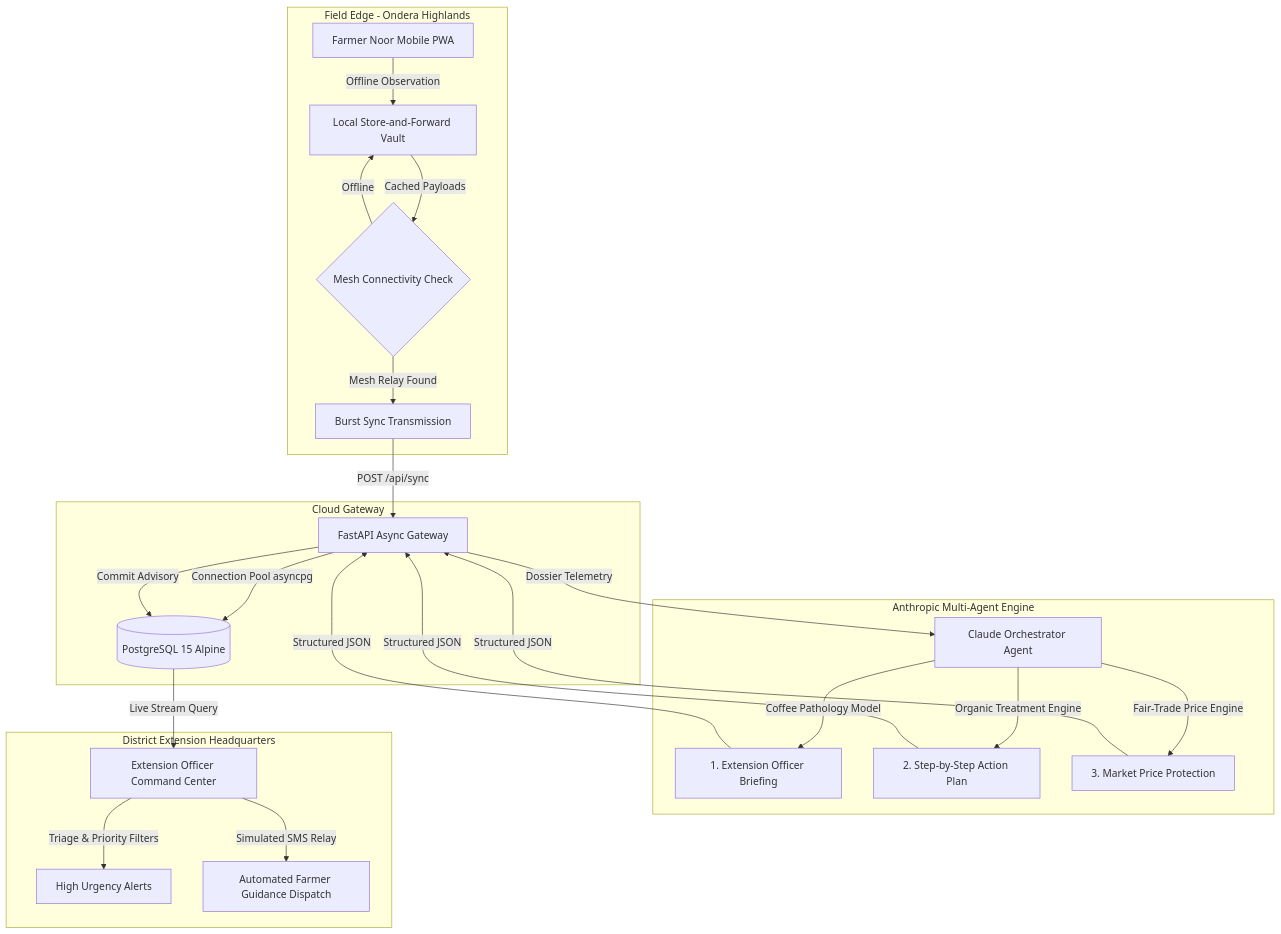
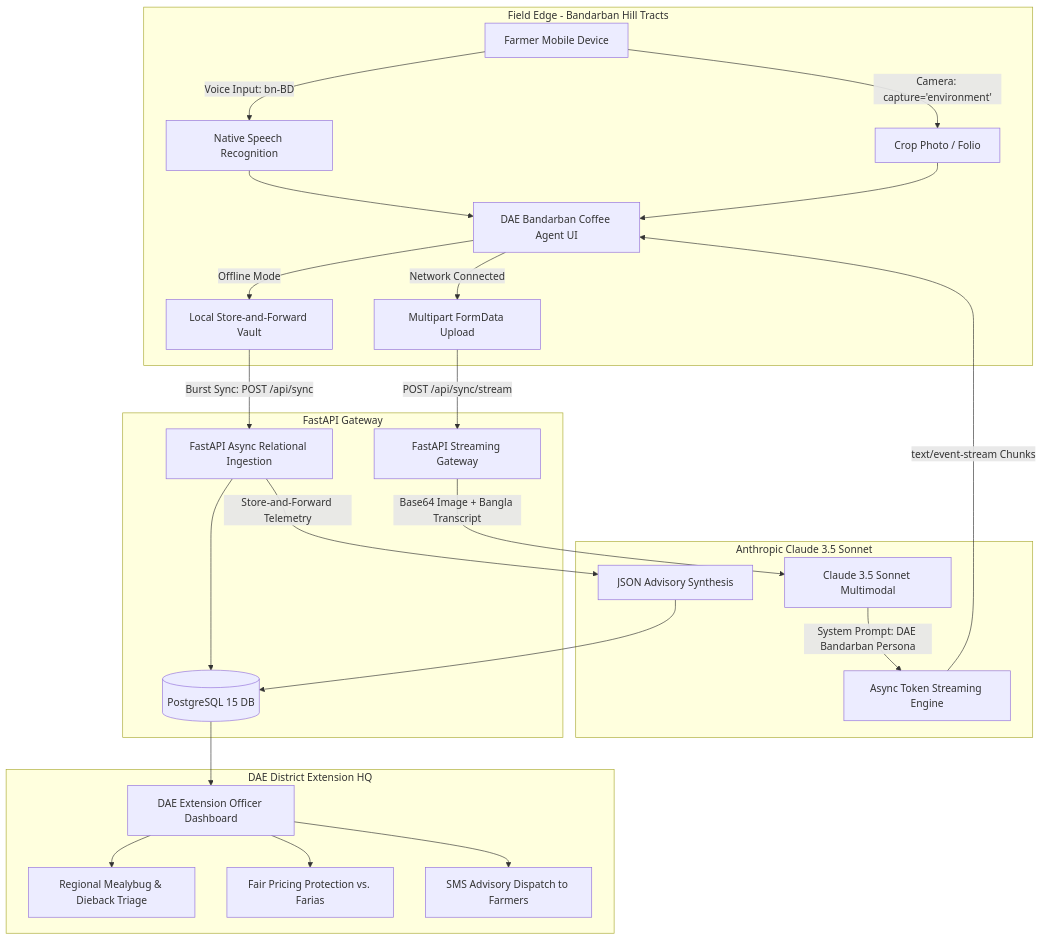
One commit to Arif-Badhon/hackos_multiagent_agri_solution changed the diagram in README.md. Above: the diagram before and after it, drawn with Mermaid. The commit also changed other lines of this file and 6 other files, not shown here.

````diff
--- a/README.md
+++ b/README.md
@@ -55,29 +75,31 @@
 ```mermaid
 graph TD
-    subgraph Edge Layer [Field Edge - Ondera Highlands]
-        A[Farmer Noor Mobile PWA] -->|Offline Observation| B[Local Store-and-Forward Vault]
-        B -->|Cached Payloads| C{Mesh Connectivity Check}
-        C -->|Offline| B
-        C -->|Mesh Relay Found| D[Burst Sync Transmission]
+    subgraph Mobile Edge Layer [Field Edge - Bandarban Hill Tracts]
+        A[Farmer Mobile Device] -->|Voice Input: bn-BD| B[Native Speech Recognition]
+        A -->|Camera: capture='environment'| C[Crop Photo / Folio]
+        B & C --> D[DAE Bandarban Coffee Agent UI]
+        D -->|Offline Mode| E[Local Store-and-Forward Vault]
+        D -->|Network Connected| F[Multipart FormData Upload]
     end
 
-    subgraph Ingestion Layer [Cloud Gateway]
-        D -->|POST /api/sync| E[FastAPI Async Gateway]
-        E -->|Connection Pool asyncpg| F[(PostgreSQL 15 Alpine)]
+    subgraph Gateway Ingestion Layer [FastAPI Gateway]
+        F -->|POST /api/sync/stream| G[FastAPI Streaming Gateway]
+        E -->|Burst Sync: POST /api/sync| H[FastAPI Async Relational Ingestion]
+        H --> I[(PostgreSQL 15 DB)]
     end
 
-    subgraph Intelligence Layer [Anthropic Multi-Agent Engine]
-        E -->|Dossier Telemetry| G[Claude Orchestrator Agent]
-        G -->|Coffee Pathology Model| H[1. Extension Officer Briefing]
-        G -->|Organic Treatment Engine| I[2. Step-by-Step Action Plan]
-        G -->|Fair-Trade Price Engine| J[3. Market Price Protection]
-        H & I & J -->|Structured JSON| E
-        E -->|Commit Advisory| F
+    subgraph Intelligence Layer [Anthropic Claude 3.5 Sonnet]
+        G -->|Base64 Image + Bangla Transcript| J[Claude 3.5 Sonnet Multimodal]
+        J -->|System Prompt: DAE Bandarban Persona| K[Async Token Streaming Engine]
+        K -->|text/event-stream Chunks| D
+        H -->|Store-and-Forward Telemetry| L[JSON Advisory Synthesis]
+        L --> I
     end
 
-    subgraph Operational Layer [District Extension Headquarters]
-        F -->|Live Stream Query| K[Extension Officer Command Center]
-        K -->|Triage & Priority Filters| L[High Urgency Alerts]
-        K -->|Simulated SMS Relay| M[Automated Farmer Guidance Dispatch]
+    subgraph Operational Command Layer [DAE District Extension HQ]
+        I --> M[DAE Extension Officer Dashboard]
+        M --> N[Regional Mealybug & Dieback Triage]
+        M --> O[Fair Pricing Protection vs. Farias]
+        M --> P[SMS Advisory Dispatch to Farmers]
     end
 ```
````
